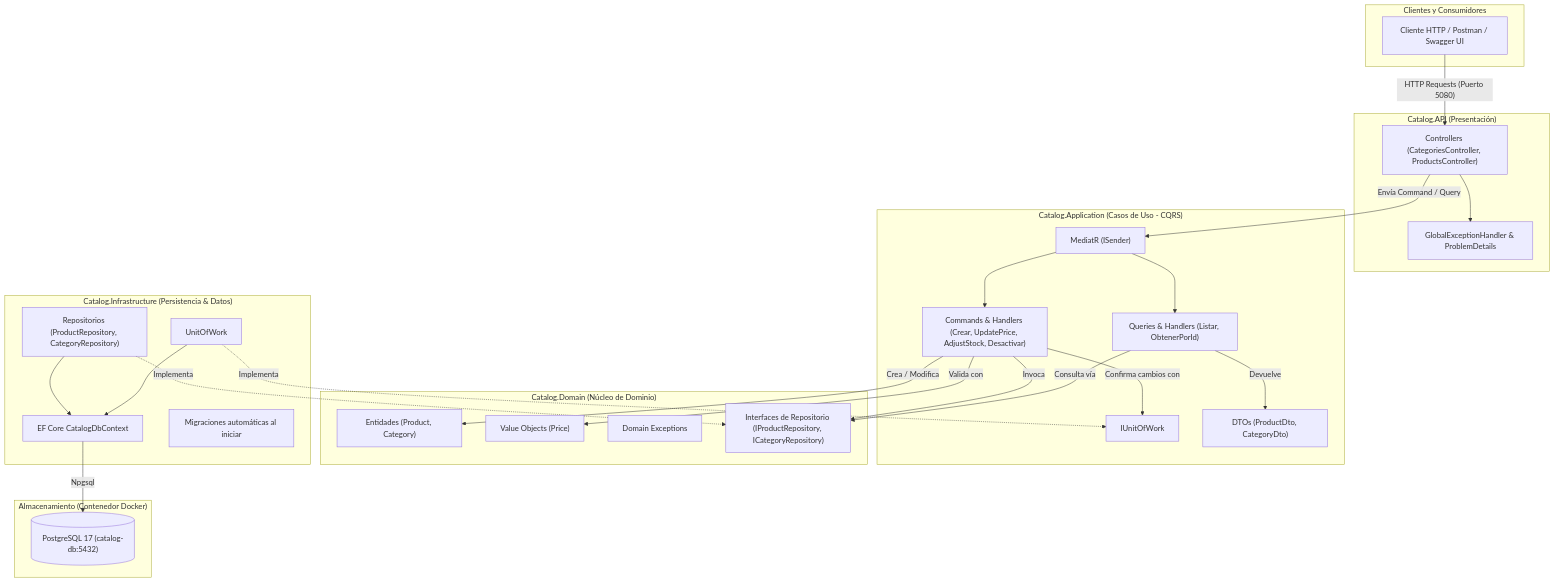
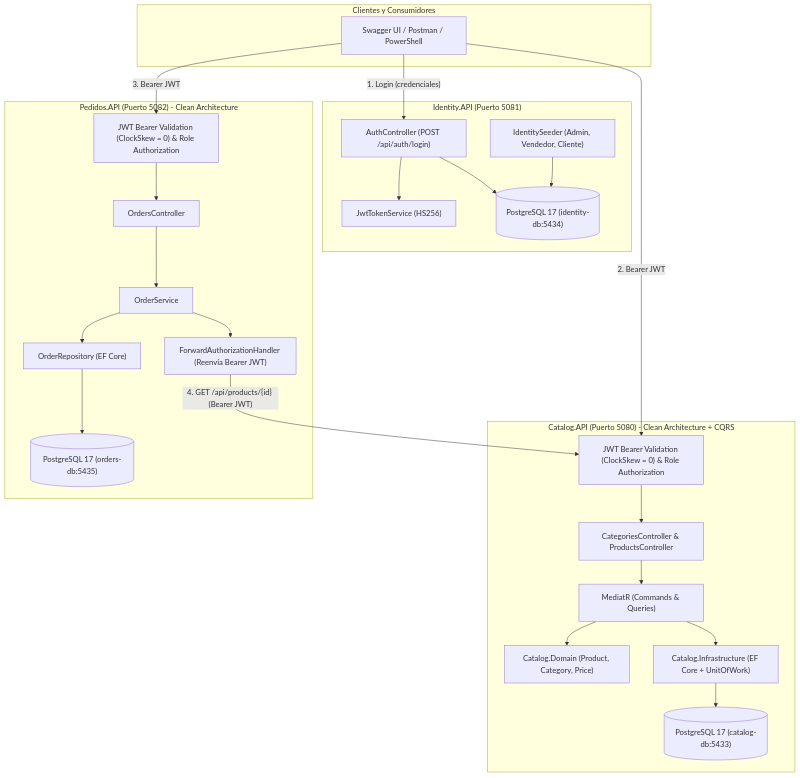
Before and after one commit to efrencuadrado289348/catalogo-service: the diagram in README.md, drawn with Mermaid. The commit also changed other lines of this file and 7 other files, not shown here.

Commit message:
feat(integration): configurar Swagger con Bearer JWT, pruebas y documentación de segunda entrega

````diff
--- a/README.md
+++ b/README.md
@@ -257,59 +319,43 @@
 ```mermaid
 flowchart TD
     subgraph Clients["Clientes y Consumidores"]
-        Client["Cliente HTTP / Postman / Swagger UI"]
+        Swagger["Swagger UI / Postman / PowerShell"]
     end
 
-    subgraph API["Catalog.API (Presentación)"]
-        Controllers["Controllers (CategoriesController, ProductsController)"]
-        ExceptionHandling["GlobalExceptionHandler & ProblemDetails"]
+    subgraph IdentityService["Identity.API (Puerto 5081)"]
+        AuthCtrl["AuthController (POST /api/auth/login)"]
+        JwtSvc["JwtTokenService (HS256)"]
+        Seeder["IdentitySeeder (Admin, Vendedor, Cliente)"]
+        IdentityDb[("PostgreSQL 17 (identity-db:5434)")]
+        AuthCtrl --> JwtSvc
+        AuthCtrl --> IdentityDb
+        Seeder --> IdentityDb
     end
 
-    subgraph Application["Catalog.Application (Casos de Uso - CQRS)"]
-        MediatR["MediatR (ISender)"]
-        Commands["Commands & Handlers (Crear, UpdatePrice, AdjustStock, Desactivar)"]
-        Queries["Queries & Handlers (Listar, ObtenerPorId)"]
-        Abstractions["IUnitOfWork"]
-        Dtos["DTOs (ProductDto, CategoryDto)"]
+    subgraph CatalogService["Catalog.API (Puerto 5080) - Clean Architecture + CQRS"]
+        CatAuth["JWT Bearer Validation (ClockSkew = 0) & Role Authorization"]
+        CatCtrl["CategoriesController & ProductsController"]
+        MediatR["MediatR (Commands & Queries)"]
+        CatDomain["Catalog.Domain (Product, Category, Price)"]
+        CatInfra["Catalog.Infrastructure (EF Core + UnitOfWork)"]
+        CatalogDb[("PostgreSQL 17 (catalog-db:5433)")]
+        CatAuth --> CatCtrl --> MediatR --> CatDomain
+        MediatR --> CatInfra --> CatalogDb
     end
 
-    subgraph Domain["Catalog.Domain (Núcleo de Dominio)"]
-        Entities["Entidades (Product, Category)"]
-        ValueObjects["Value Objects (Price)"]
-        DomainExceptions["Domain Exceptions"]
-        RepoInterfaces["Interfaces de Repositorio (IProductRepository, ICategoryRepository)"]
+    subgraph PedidosService["Pedidos.API (Puerto 5082) - Clean Architecture"]
+        OrdAuth["JWT Bearer Validation (ClockSkew = 0) & Role Authorization"]
+        OrdCtrl["OrdersController"]
+        OrdSvc["OrderService"]
+        FwdHandler["ForwardAuthorizationHandler (Reenvía Bearer JWT)"]
+        OrdInfra["OrderRepository (EF Core)"]
+        OrdersDb[("PostgreSQL 17 (orders-db:5435)")]
+        OrdAuth --> OrdCtrl --> OrdSvc --> OrdInfra --> OrdersDb
+        OrdSvc --> FwdHandler
     end
 
-    subgraph Infrastructure["Catalog.Infrastructure (Persistencia & Datos)"]
-        DbContext["EF Core CatalogDbContext"]
-        RepoImpl["Repositorios (ProductRepository, CategoryRepository)"]
-        UoWImpl["UnitOfWork"]
-        Migrations["Migraciones automáticas al iniciar"]
-    end
-
-    subgraph Database["Almacenamiento (Contenedor Docker)"]
-        Postgres[("PostgreSQL 17 (catalog-db:5432)")]
-    end
-
-    %% Flujo de peticiones
-    Client -->|"HTTP Requests (Puerto 5080)"| Controllers
-    Controllers --> ExceptionHandling
-    Controllers -->|"Envía Command / Query"| MediatR
-    MediatR --> Commands
-    MediatR --> Queries
-
-    %% Capa de Aplicación interactuando con Dominio
-    Commands -->|"Crea / Modifica"| Entities
-    Commands -->|"Valida con"| ValueObjects
-    Commands -->|"Invoca"| RepoInterfaces
-    Commands -->|"Confirma cambios con"| Abstractions
-    Queries -->|"Consulta vía"| RepoInterfaces
-    Queries -->|"Devuelve"| Dtos
-
-    %% Inversión de dependencias (Infraestructura implementa interfaces)
-    RepoImpl -.->|"Implementa"| RepoInterfaces
-    UoWImpl -.->|"Implementa"| Abstractions
-    RepoImpl --> DbContext
-    UoWImpl --> DbContext
-    DbContext -->|"Npgsql"| Postgres
+    Swagger -->|"1. Login (credenciales)"| AuthCtrl
+    Swagger -->|"2. Bearer JWT"| CatAuth
+    Swagger -->|"3. Bearer JWT"| OrdAuth
+    FwdHandler -->|"4. GET /api/products/{id} (Bearer JWT)"| CatAuth
 ```
````
